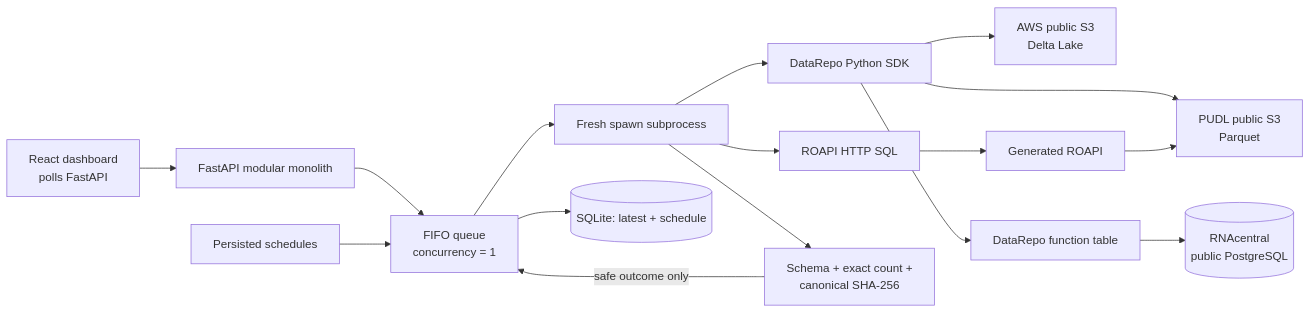
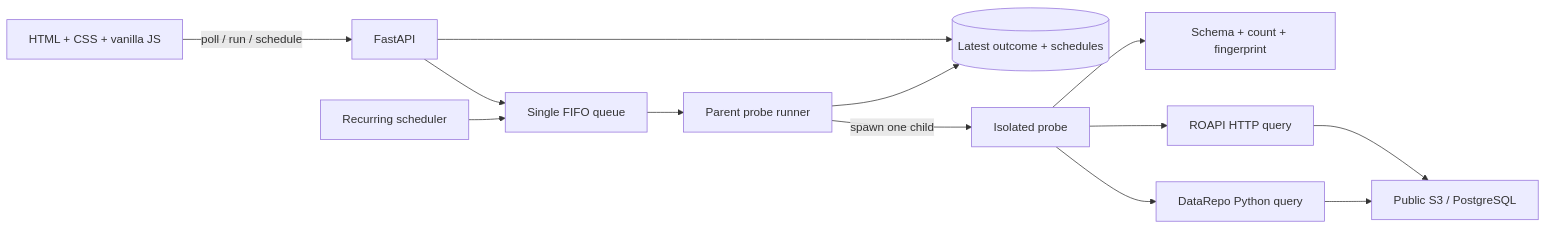
The diagram in README.md (aliiqbal24/DataRepo-Doctor), drawn with Mermaid before and after one commit. The commit also changed other lines of this file and 62 other files, not shown here.

Commit message:
Simplify DataRepo Doctor architecture

````diff
--- a/README.md
+++ b/README.md
@@ -56,18 +36,15 @@
 ```mermaid
 flowchart LR
-  UI[React dashboard\npolls FastAPI] --> API[FastAPI modular monolith]
-  API --> Q[FIFO queue\nconcurrency = 1]
-  S[Persisted schedules] --> Q
-  Q --> P[Fresh spawn subprocess]
-  P --> SDK[DataRepo Python SDK]
-  P --> HTTP[ROAPI HTTP SQL]
-  SDK --> DELTA[AWS public S3\nDelta Lake]
-  SDK --> PUDL[PUDL public S3\nParquet]
-  SDK --> FN[DataRepo function table]
-  FN --> RNA[(RNAcentral\npublic PostgreSQL)]
-  HTTP --> R[Generated ROAPI]
-  R --> PUDL
-  P --> V[Schema + exact count +\ncanonical SHA-256]
-  V -->|safe outcome only| Q
-  Q --> DB[(SQLite: latest + schedule)]
+    Browser[HTML + CSS + vanilla JS] -->|poll / run / schedule| API[FastAPI]
+    API --> Queue[Single FIFO queue]
+    Scheduler[Recurring scheduler] --> Queue
+    Queue --> Parent[Parent probe runner]
+    Parent -->|spawn one child| Child[Isolated probe]
+    Child --> DataRepo[DataRepo Python query]
+    Child --> ROAPI[ROAPI HTTP query]
+    DataRepo --> Sources[Public S3 / PostgreSQL]
+    ROAPI --> Sources
+    Child --> Validate[Schema + count + fingerprint]
+    Parent --> SQLite[(Latest outcome + schedules)]
+    API --> SQLite
 ```
````
